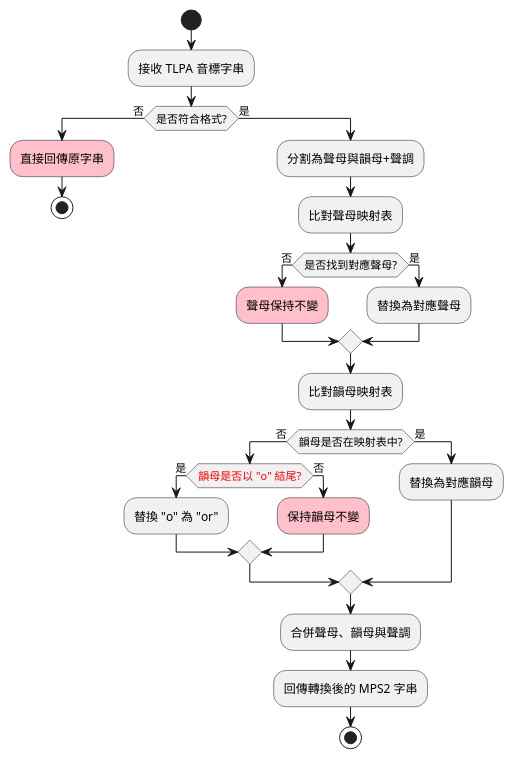
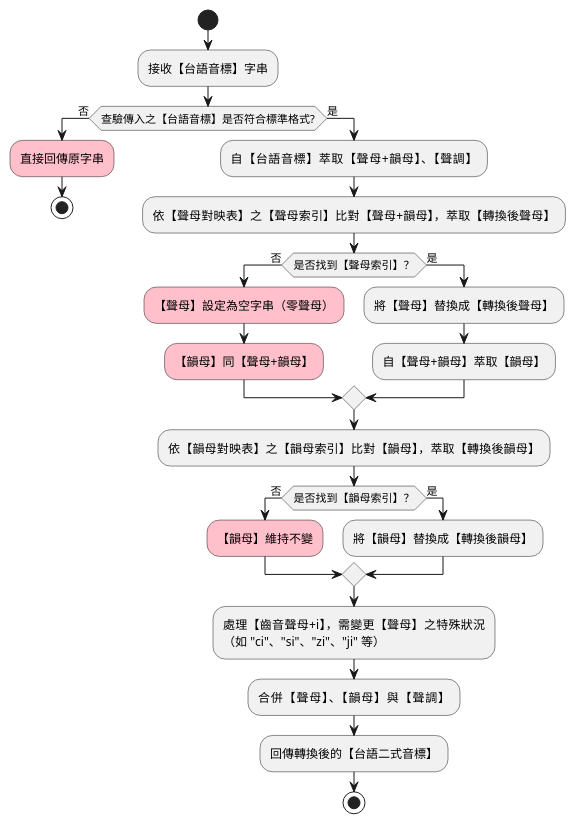
One commit to AlanJui/Piau-Im changed the diagram in Documents/PRG_mod_convert_TLPA_to_MPS2-Convert_TLPS_to_MPS2.puml. Above: the diagram before and after it, drawn with PlantUML. The commit also changed 1 other file, not shown here.

Commit message:
修訂 mod_convert_TLPA_to_MPS2 模組，並使之與程式說明文件之PlantUML活動圖相符。

```diff
--- a/Documents/PRG_mod_convert_TLPA_to_MPS2-Convert_TLPS_to_MPS2.puml
+++ b/Documents/PRG_mod_convert_TLPA_to_MPS2-Convert_TLPS_to_MPS2.puml
@@ -1,28 +1,36 @@
 @startuml
 start
-:接收 TLPA 音標字串;
-if (是否符合格式?) then (否)
+:接收【台語音標】字串;
+if (查驗傳入之【台語音標】是否符合標準格式?) then (否)
   #pink:直接回傳原字串;
   stop
 else (是)
-  :分割為聲母與韻母+聲調;
-  :比對聲母映射表;
-  if (是否找到對應聲母?) then (否)
-    #pink:聲母保持不變;
+  :自【台語音標】萃取【聲母+韻母】、【聲調】;
+  :依【聲母對映表】之【聲母索引】比對【聲母+韻母】，萃取【轉換後聲母】;
+  if (是否找到【聲母索引】？) then (否)
+    #pink:【聲母】設定為空字串（零聲母）;
+    #pink:【韻母】同【聲母+韻母】;
   else (是)
-    :替換為對應聲母;
+    :將【聲母】替換成【轉換後聲母】;
+    :自【聲母+韻母】萃取【韻母】;
   endif
-  :比對韻母映射表;
-  if (韻母是否在映射表中?) then (否)
-    if (<color:red>韻母是否以 "o" 結尾?) then (是)
-      :替換 "o" 為 "or";
-    else (否)
-      #pink:保持韻母不變;
-    endif
+  :依【韻母對映表】之【韻母索引】比對【韻母】，萃取【轉換後韻母】;
+  if (是否找到【韻母索引】？) then (否)
+    #pink:【韻母】維持不變;
   else (是)
-    :替換為對應韻母;
+    :將【韻母】替換成【轉換後韻母】;
   endif
-  :合併聲母、韻母與聲調;
-  :回傳轉換後的 MPS2 字串;
+  /'if (韻母是否在映射表中?) then (否)'/
+  /'  if (<color:red>韻母是否以 "o" 結尾?) then (是)'/
+  /'    :替換 "o" 為 "or";'/
+  /'  else (否)'/
+  /'    #pink:保持韻母不變;'/
+  /'  endif'/
+  /'else (是)'/
+  /'  :替換為對應韻母;'/
+  /'endif'/
+  :處理【齒音聲母+i】，需變更【聲母】之特殊狀況\n（如 "ci"、"si"、"zi"、"ji" 等）;
+  :合併【聲母】、【韻母】與【聲調】;
+  :回傳轉換後的【台語二式音標】;
   stop
 @enduml
```
